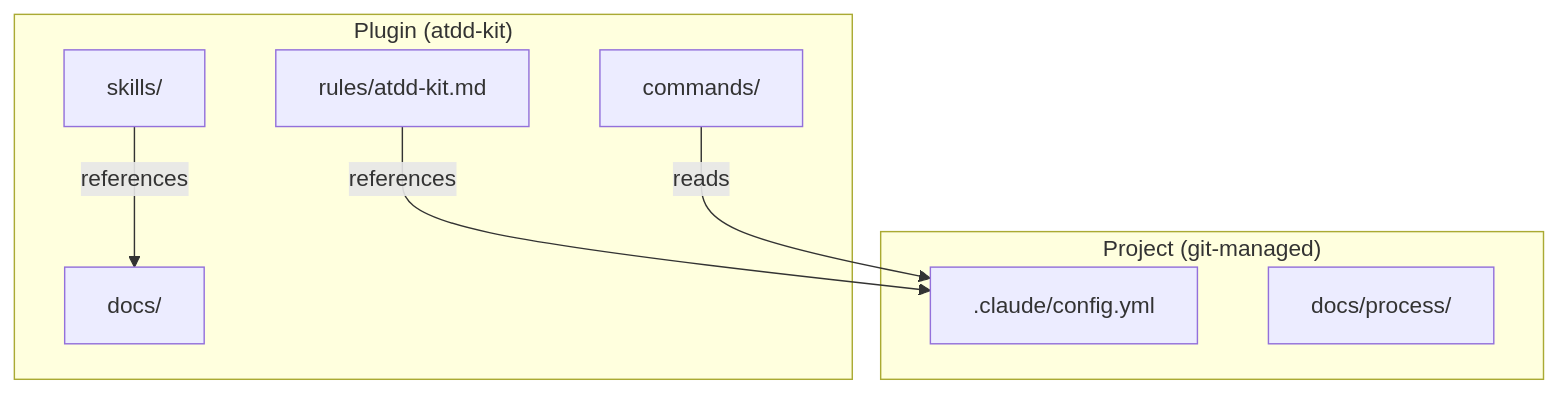
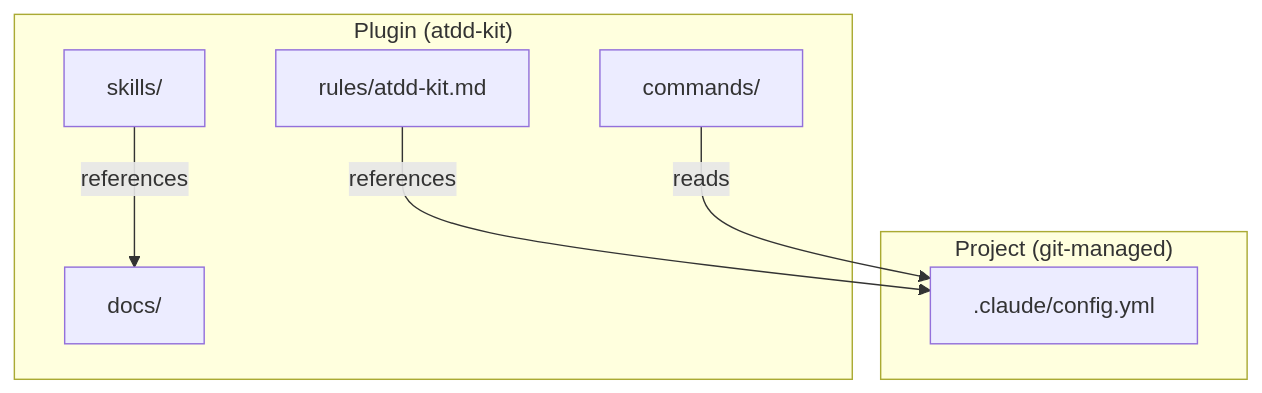
Before and after one commit to o3-ozono/atdd-kit: the fourth of 4 diagrams in docs/workflow/workflow-detail.md, drawn with Mermaid. The commit also changed other lines of this file and 175 other files, not shown here.

````diff
--- a/docs/workflow/workflow-detail.md
+++ b/docs/workflow/workflow-detail.md
@@ -179,18 +124,17 @@
 ```mermaid
 graph TB
     subgraph "Plugin (atdd-kit)"
         RULES["rules/atdd-kit.md"]
         DOCS["docs/"]
         SKILLS["skills/"]
         CMDS["commands/"]
     end
 
     subgraph "Project (git-managed)"
         CFG[".claude/config.yml"]
-        PDOCS["docs/process/"]
     end
 
     RULES -- "references" --> CFG
     CMDS -- "reads" --> CFG
     SKILLS -- "references" --> DOCS
 ```
````
